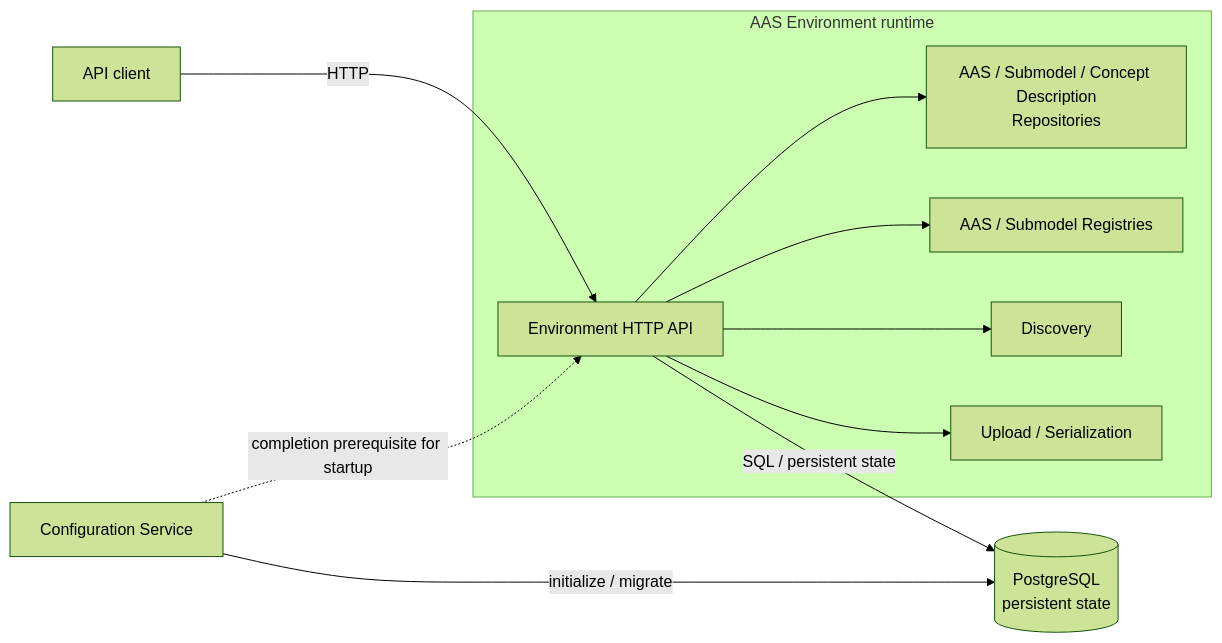
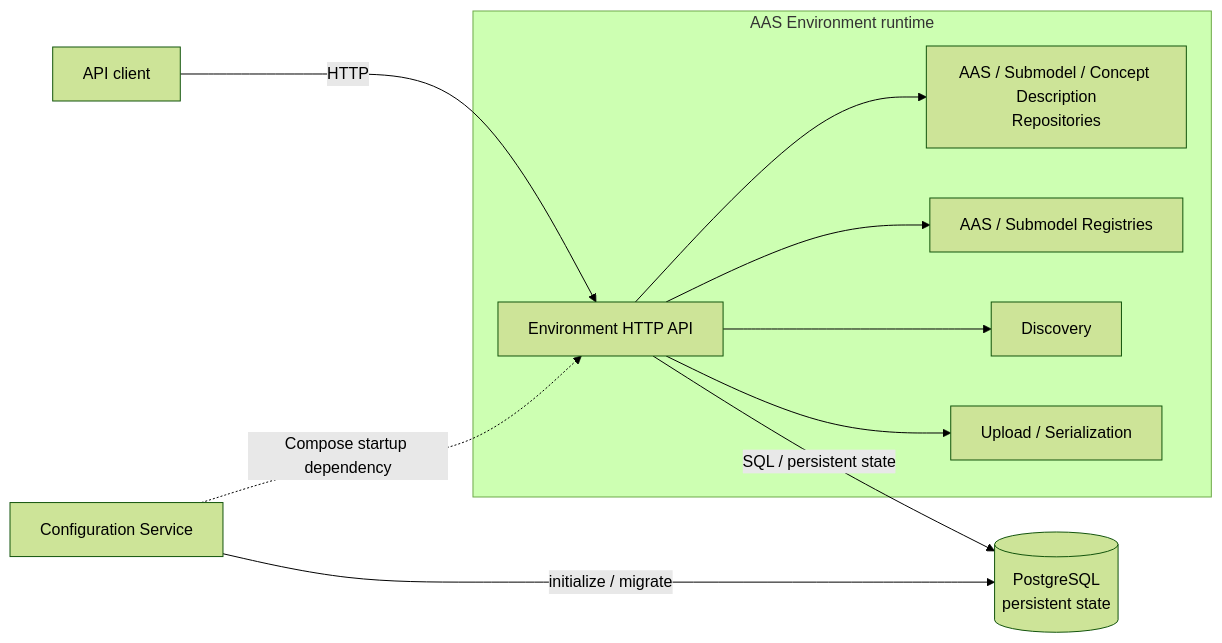
Before and after one commit to eclipse-basyx/basyx-wiki: the diagram in docs/source/content/user_documentation/basyx_components/go/aas_environment/index.md, drawn with Mermaid (forest theme). The commit also changed other lines of this file and 2 other files, not shown here.

````diff
--- a/docs/source/content/user_documentation/basyx_components/go/aas_environment/index.md
+++ b/docs/source/content/user_documentation/basyx_components/go/aas_environment/index.md
@@ -27,23 +28,23 @@
 ```{mermaid}
 flowchart LR
     CLIENT[API client]
     DB[(PostgreSQL<br/>persistent state)]
     CONFIG[Configuration Service]
 
     subgraph ENV[AAS Environment runtime]
         HTTP[Environment HTTP API]
         REPOS[AAS / Submodel / Concept Description<br/>Repositories]
         REGS[AAS / Submodel Registries]
         DISC[Discovery]
         IO[Upload / Serialization]
         HTTP --> REPOS
         HTTP --> REGS
         HTTP --> DISC
         HTTP --> IO
     end
 
     CLIENT -->|HTTP| HTTP
     HTTP -->|SQL / persistent state| DB
     CONFIG -->|initialize / migrate| DB
-    CONFIG -.->|completion prerequisite for startup| HTTP
+    CONFIG -.->|Compose startup dependency| HTTP
 ```
````
